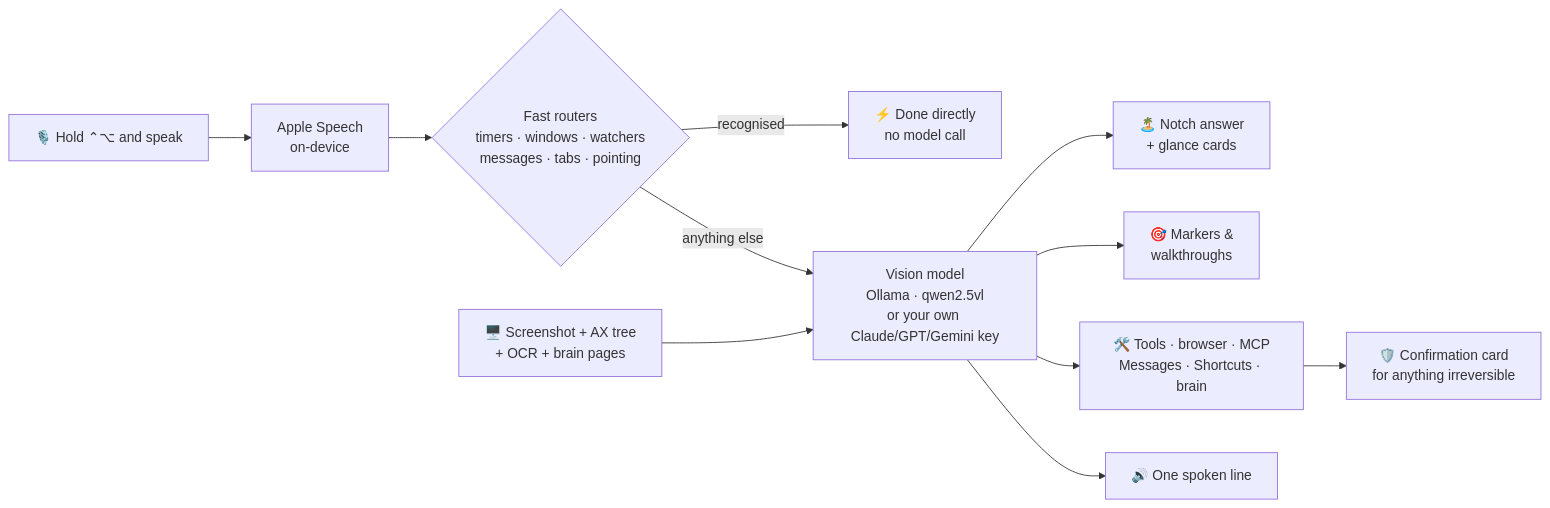
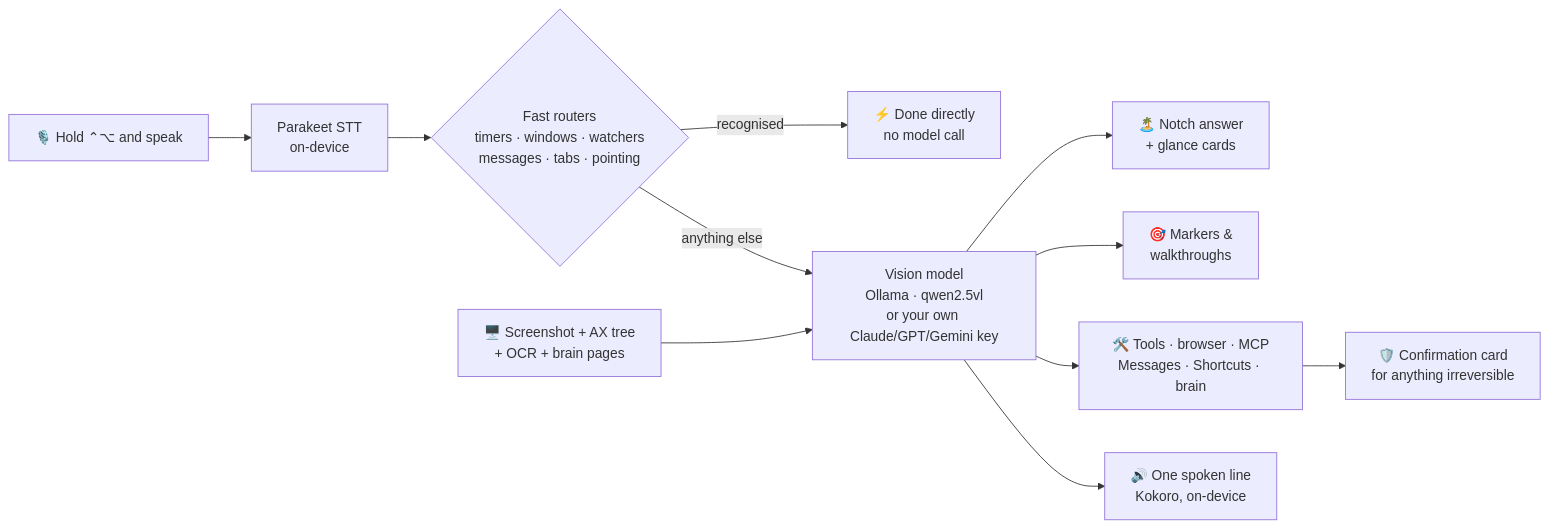
One commit to anaylab/wisp changed the diagram in README.md. Above: the diagram before and after it, drawn with Mermaid. The commit also changed other lines of this file and 20 other files, not shown here.

````diff
--- a/README.md
+++ b/README.md
@@ -207,13 +247,13 @@
 ```mermaid
 flowchart LR
-    A["🎙️ Hold ⌃⌥ and speak"] --> B["Apple Speech<br/>on-device"]
+    A["🎙️ Hold ⌃⌥ and speak"] --> B["Parakeet STT<br/>on-device"]
     B --> R{"Fast routers<br/>timers · windows · watchers<br/>messages · tabs · pointing"}
     R -- "recognised" --> X["⚡ Done directly<br/>no model call"]
     R -- "anything else" --> M
     S["🖥️ Screenshot + AX tree<br/>+ OCR + brain pages"] --> M["Vision model<br/>Ollama · qwen2.5vl<br/>or your own Claude/GPT/Gemini key"]
     M --> N["🏝️ Notch answer<br/>+ glance cards"]
     M --> P["🎯 Markers &<br/>walkthroughs"]
     M --> T["🛠️ Tools · browser · MCP<br/>Messages · Shortcuts · brain"]
-    M --> V["🔊 One spoken line"]
+    M --> V["🔊 One spoken line<br/>Kokoro, on-device"]
     T --> C["🛡️ Confirmation card<br/>for anything irreversible"]
 ```
````
